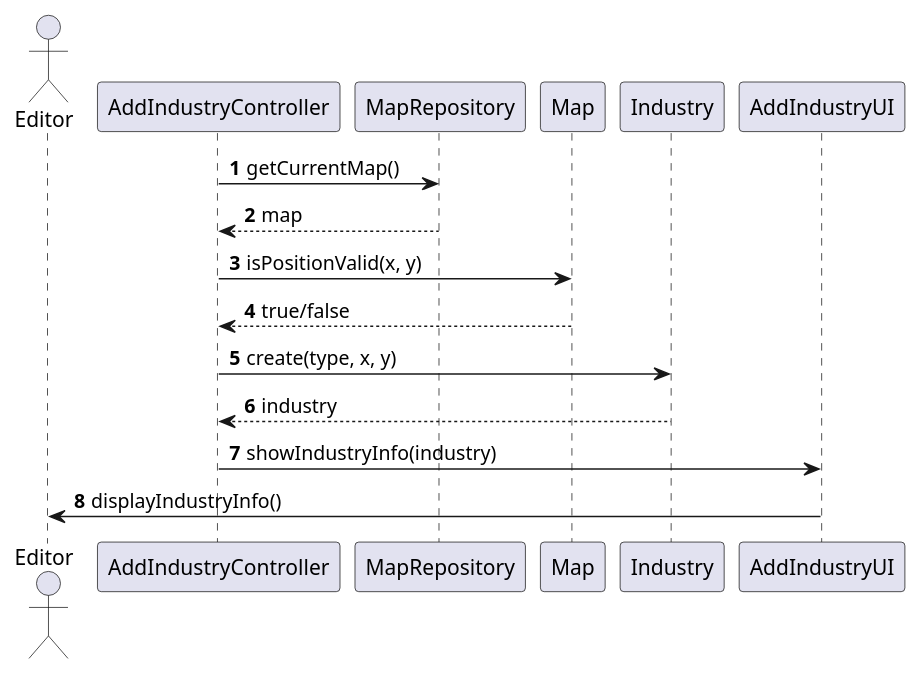
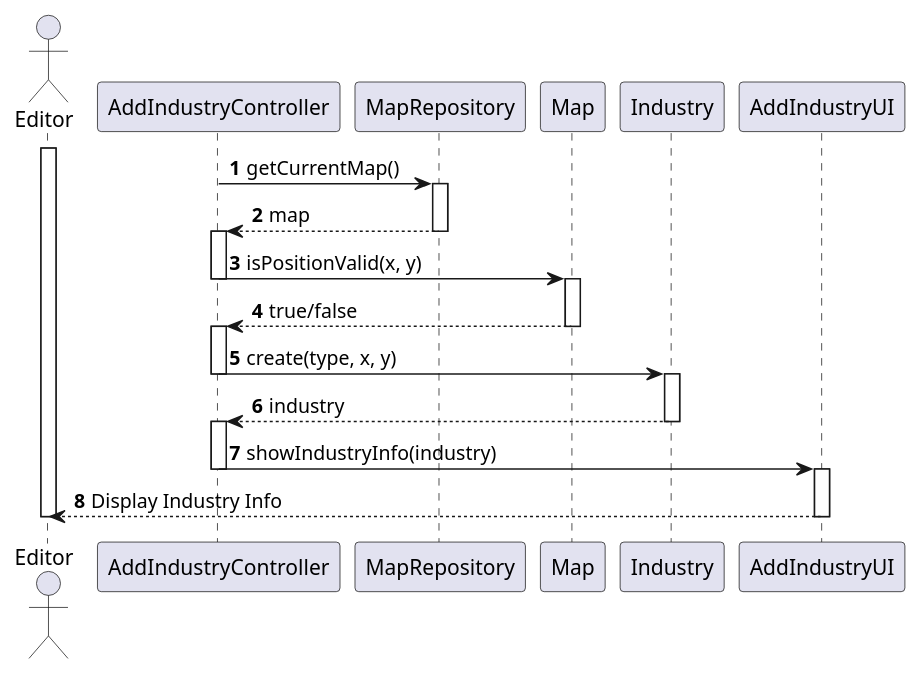
Before and after one commit to Andremonteiro1240850/railway_simulator: the diagram in Sprint2/US02/03.design.us02/puml/US02-SD-partial-validation-industry-preview.puml, drawn with PlantUML. The commit also changed 3 other files, not shown here.

Commit message:
Diagrams Updated

```diff
--- a/Sprint2/US02/03.design.us02/puml/US02-SD-partial-validation-industry-preview.puml
+++ b/Sprint2/US02/03.design.us02/puml/US02-SD-partial-validation-industry-preview.puml
@@ -1,29 +1,46 @@
 @startuml
 'https://plantuml.com/sequence-diagram
 'skinparam monochrome true
 skinparam packageStyle rectangle
 skinparam shadowing false
 
 autonumber
 
 'hide footbox
 actor Editor
 participant AddIndustryController
 participant MapRepository
 participant Map
 participant Industry
 participant AddIndustryUI
-
+activate Editor
 
 AddIndustryController -> MapRepository : getCurrentMap()
+activate MapRepository
 MapRepository --> AddIndustryController : map
+deactivate MapRepository
+activate AddIndustryController
 
 AddIndustryController -> Map : isPositionValid(x, y)
+deactivate AddIndustryController
+activate Map
 Map --> AddIndustryController : true/false
+deactivate Map
+activate AddIndustryController
 
 AddIndustryController -> Industry : create(type, x, y)
+deactivate AddIndustryController
+activate Industry
+
 Industry --> AddIndustryController : industry
+deactivate Industry
+activate AddIndustryController
 
 AddIndustryController -> AddIndustryUI : showIndustryInfo(industry)
-AddIndustryUI -> Editor : displayIndustryInfo()
+deactivate AddIndustryController
+activate AddIndustryUI
+
+AddIndustryUI --> Editor : Display Industry Info
+deactivate AddIndustryUI
+deactivate Editor
 @enduml
```
